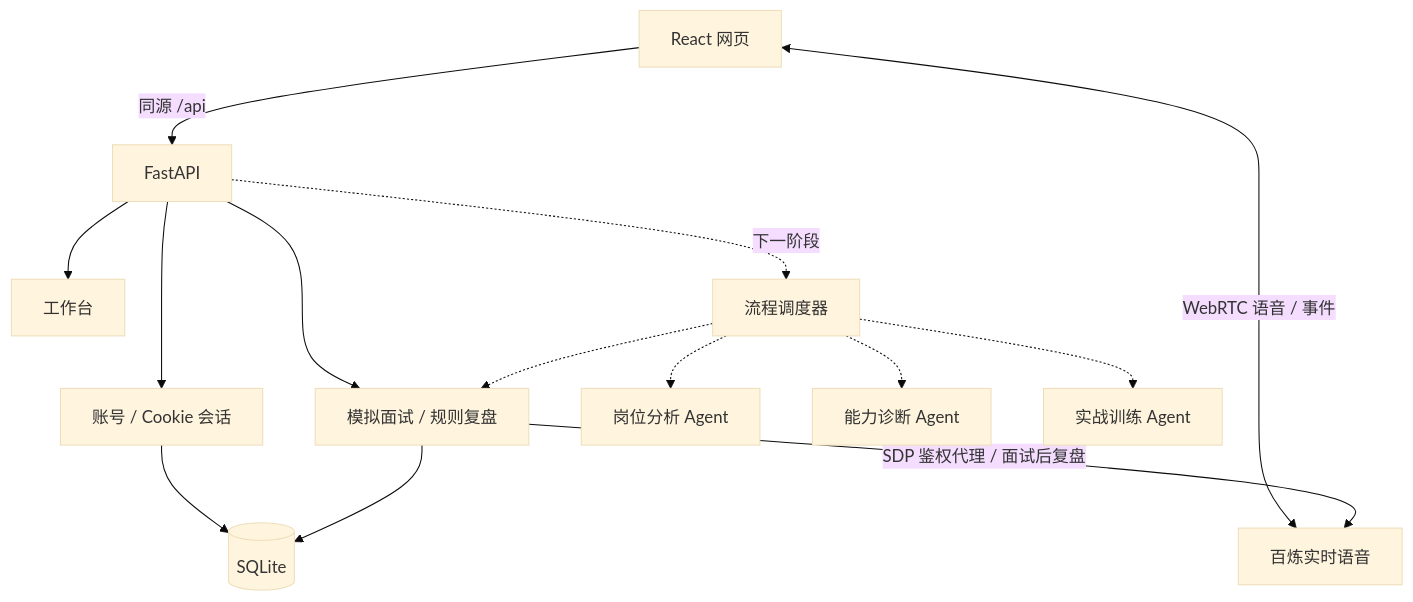
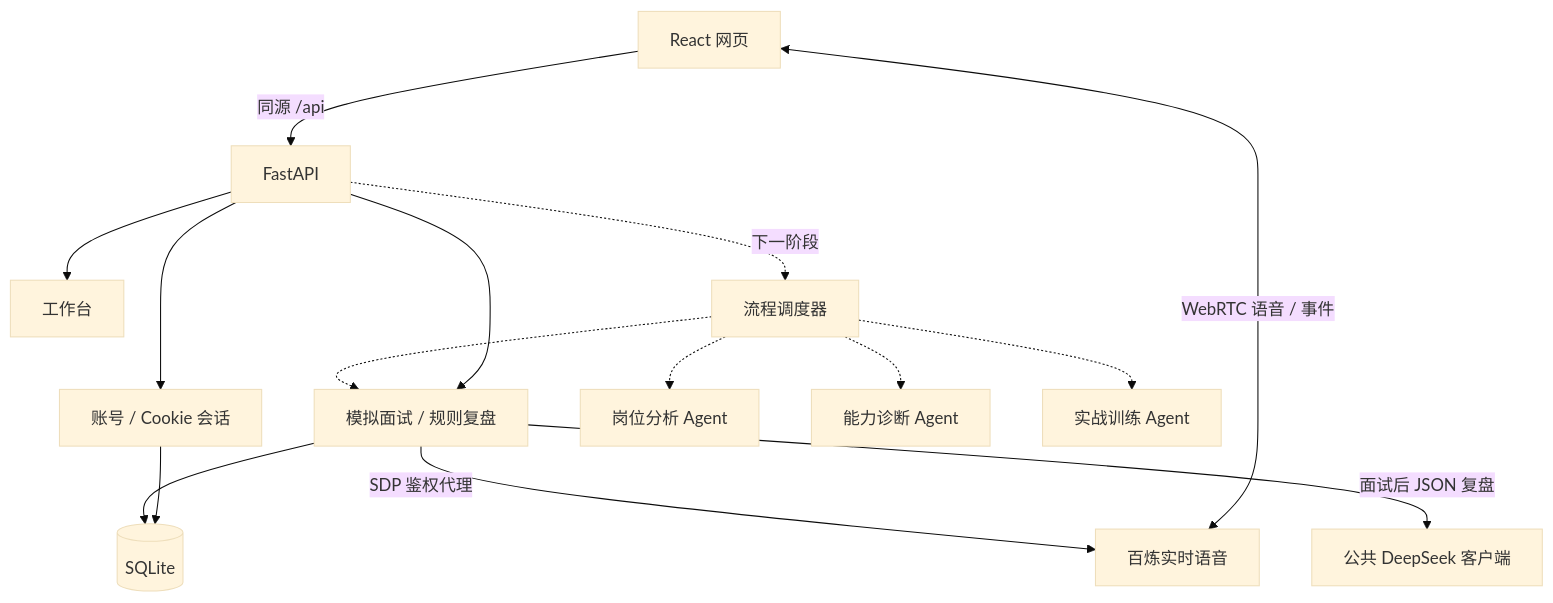
Before and after one commit to nnfgl/offer-route: the diagram in docs/architecture.md, drawn with Mermaid (base theme). The commit also changed other lines of this file and 31 other files, not shown here.

Commit message:
feat: align interview storage and reviews with shared team contracts

````diff
--- a/docs/architecture.md
+++ b/docs/architecture.md
@@ -3,16 +3,17 @@
 ```mermaid
 flowchart TD
     Browser[React 网页] -->|同源 /api| API[FastAPI]
     API --> Auth[账号 / Cookie 会话]
     API --> Workspace[工作台]
     Auth --> DB[(SQLite)]
     API --> Interview[模拟面试 / 规则复盘]
     Interview --> DB
     Browser <-->|WebRTC 语音 / 事件| VoiceCloud[百炼实时语音]
-    Interview -->|SDP 鉴权代理 / 面试后复盘| VoiceCloud
+    Interview -->|SDP 鉴权代理| VoiceCloud
+    Interview -->|面试后 JSON 复盘| SharedModel[公共 DeepSeek 客户端]
     API -. 下一阶段 .-> Flow[流程调度器]
     Flow -.-> Job[岗位分析 Agent]
     Flow -.-> Diagnosis[能力诊断 Agent]
     Flow -.-> Training[实战训练 Agent]
     Flow -.-> Interview
 ```
````
